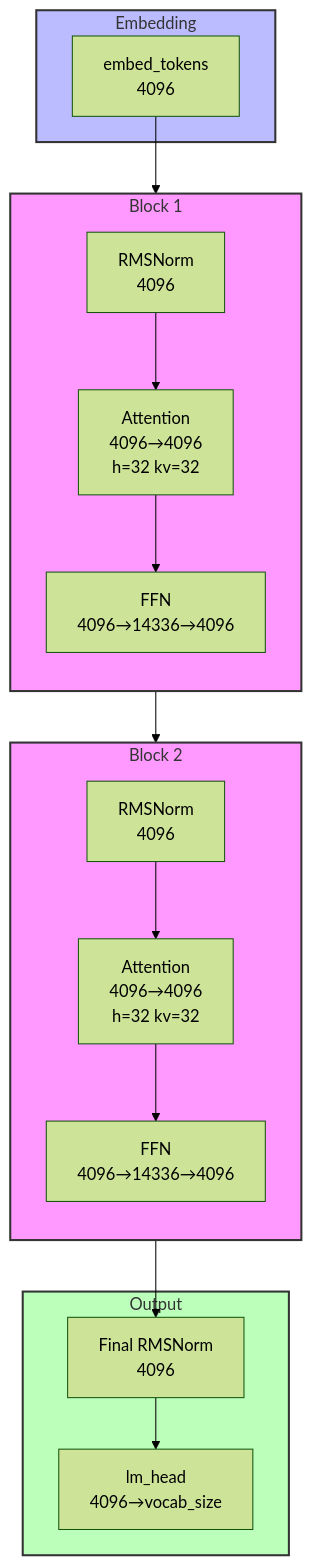
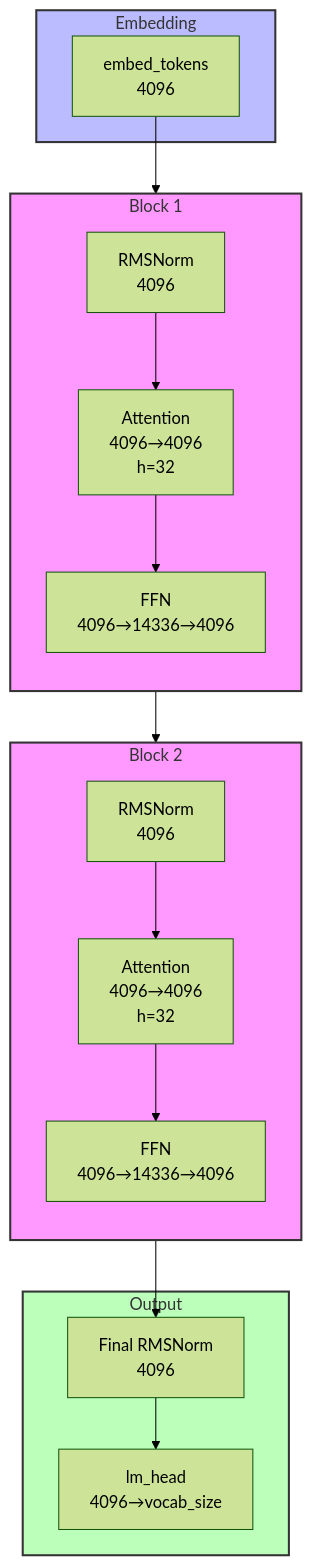
One commit to kevinoldching/agent-skills changed the first of 2 diagrams in create_model_arch_diagram/SKILL.md. Above: the diagram before and after it, drawn with Mermaid (forest theme).

Commit message:
fix: remove kv display from equal h/kv example in SKILL.md

````diff
--- a/create_model_arch_diagram/SKILL.md
+++ b/create_model_arch_diagram/SKILL.md
@@ -250,39 +250,39 @@
 ```mermaid
 graph TB
     subgraph Embedding
         E[embed_tokens<br/>4096]
     end
 
     subgraph Block_1[Block 1]
         direction TB
         N1[RMSNorm<br/>4096]
-        A1[Attention<br/>4096→4096<br/>h=32 kv=32]
+        A1[Attention<br/>4096→4096<br/>h=32]
         F1[FFN<br/>4096→14336→4096]
         N1 --> A1
         A1 --> F1
     end
 
     subgraph Block_2[Block 2]
         direction TB
         N2[RMSNorm<br/>4096]
-        A2[Attention<br/>4096→4096<br/>h=32 kv=32]
+        A2[Attention<br/>4096→4096<br/>h=32]
         F2[FFN<br/>4096→14336→4096]
         N2 --> A2
         A2 --> F2
     end
 
     subgraph Output
         LN[Final RMSNorm<br/>4096]
         LM[lm_head<br/>4096→vocab_size]
     end
 
     E --> N1
     N1 --> N2
     N2 --> LN
     LN --> LM
 
     style Block_1 fill:#f9f,stroke:#333,stroke-width:2px
     style Block_2 fill:#f9f,stroke:#333,stroke-width:2px
     style Embedding fill:#bbf,stroke:#333,stroke-width:2px
     style Output fill:#bfb,stroke:#333,stroke-width:2px
 ```
````
